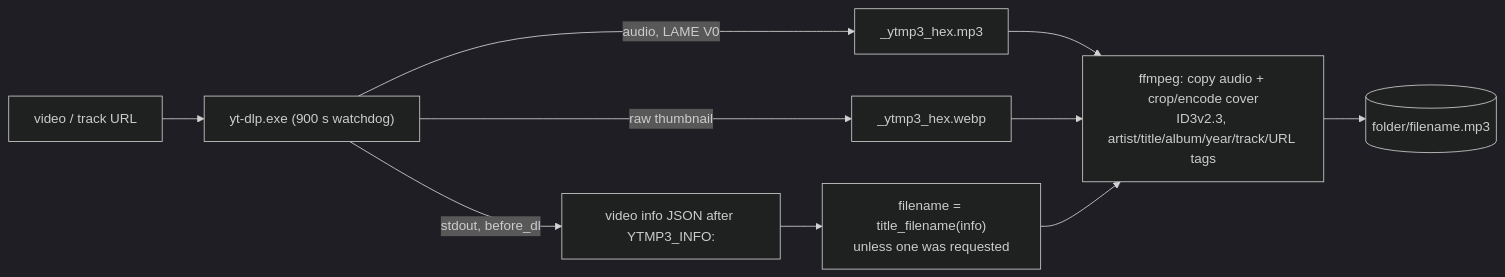
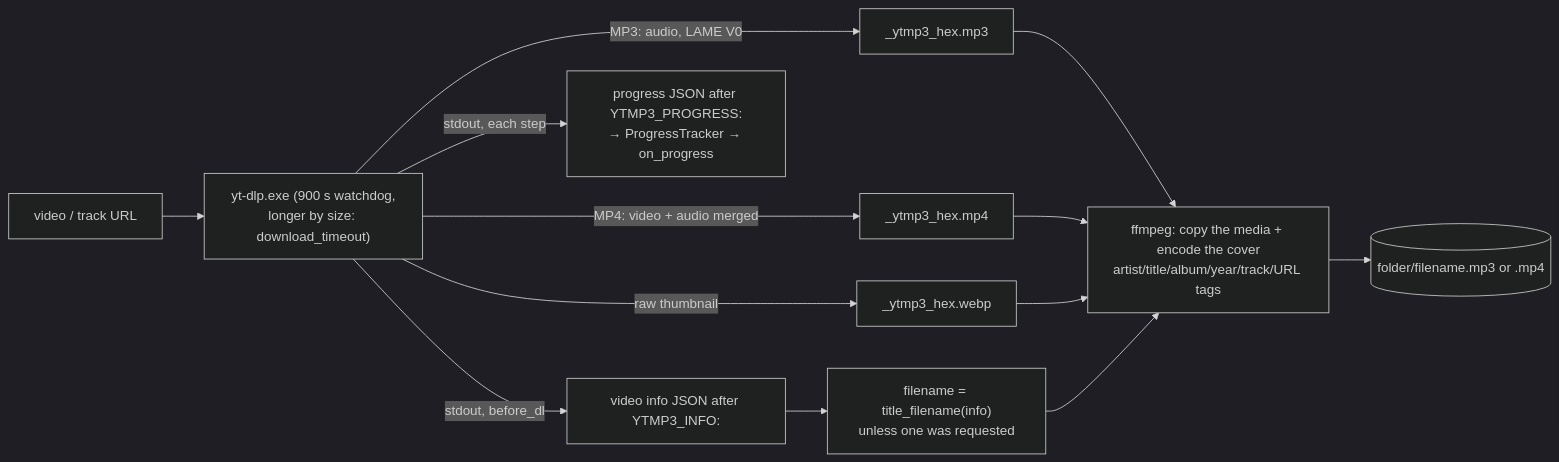
Diagram 11 of 22 in ARCHITECTURE.md (martin-iflap/YT-MP3-Downloader), drawn with Mermaid (dark theme) before and after one commit. The commit also changed other lines of this file and 21 other files, not shown here.

````diff
--- a/ARCHITECTURE.md
+++ b/ARCHITECTURE.md
@@ -655,12 +700,15 @@
 ```mermaid
 flowchart LR
-    U["video / track URL"] --> Y["yt-dlp.exe (900 s watchdog)"]
-    Y -- "audio, LAME V0" --> M["_ytmp3_hex.mp3"]
+    U["video / track URL"] --> Y["yt-dlp.exe (900 s watchdog,<br/>longer by size: download_timeout)"]
+    Y -- "MP3: audio, LAME V0" --> M["_ytmp3_hex.mp3"]
+    Y -- "MP4: video + audio merged" --> M4["_ytmp3_hex.mp4"]
     Y -- "raw thumbnail" --> J["_ytmp3_hex.webp"]
     Y -- "stdout, before_dl" --> T["video info JSON after YTMP3_INFO:"]
+    Y -- "stdout, each step" --> P["progress JSON after YTMP3_PROGRESS:<br/>→ ProgressTracker → on_progress"]
     T --> N["filename = title_filename(info)<br/>unless one was requested"]
-    M --> F["ffmpeg: copy audio + crop/encode cover<br/>ID3v2.3, artist/title/album/year/track/URL tags"]
+    M --> F["ffmpeg: copy the media + encode the cover<br/>artist/title/album/year/track/URL tags"]
+    M4 --> F
     J --> F
     N --> F
-    F --> OUT[("folder/filename.mp3")]
+    F --> OUT[("folder/filename.mp3 or .mp4")]
 ```
````
